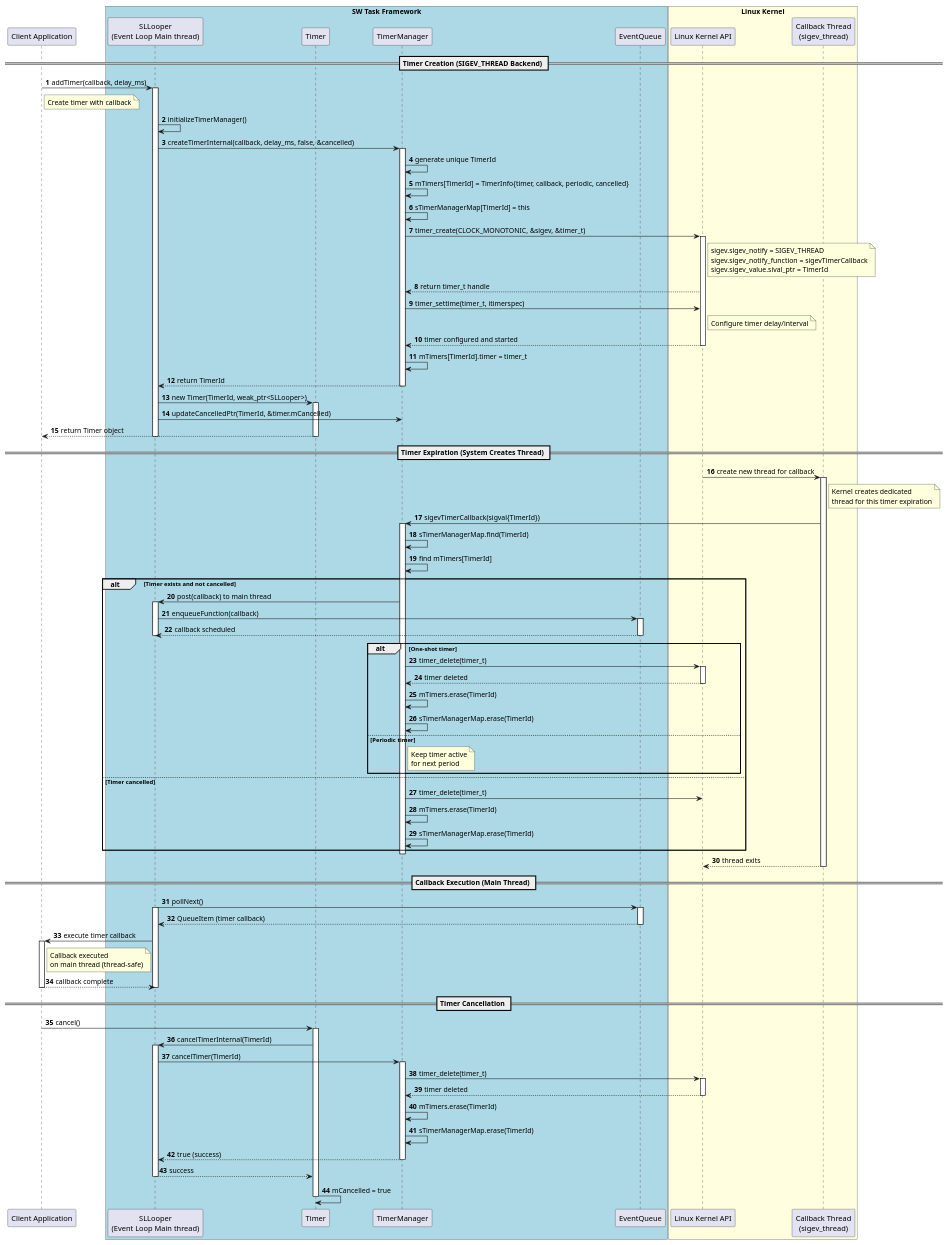
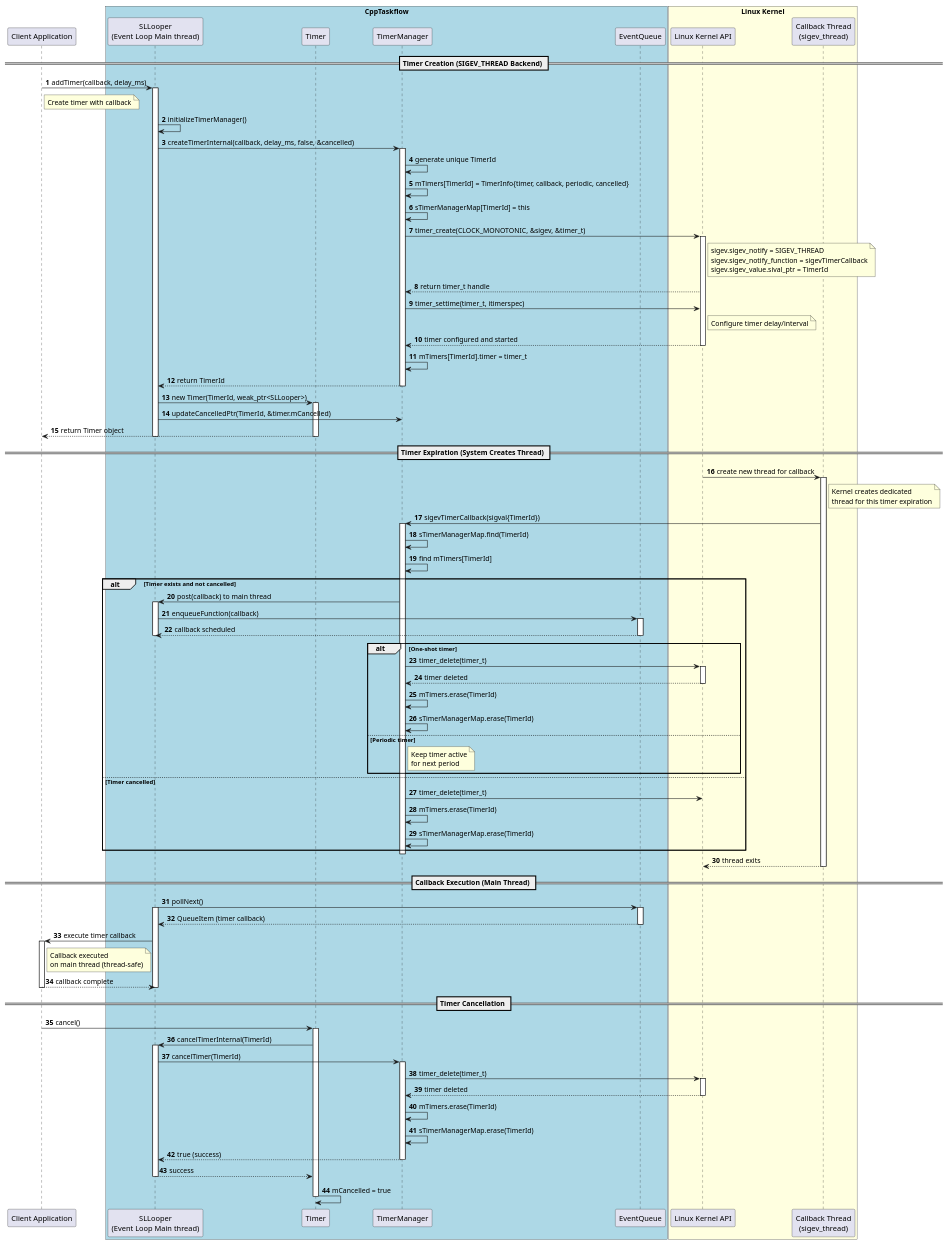
Before and after one commit to taikt/sw_task: the diagram in doc/design/sw_task/timer_sigev_thread.puml, drawn with PlantUML. The commit also changed 16 other files, not shown here.

```diff
--- a/doc/design/sw_task/timer_sigev_thread.puml
+++ b/doc/design/sw_task/timer_sigev_thread.puml
@@ -1,136 +1,136 @@
 @startuml
-'title "SW Task Framework - TimerManager SIGEV_THREAD Backend"
+'title "CppTaskflow - TimerManager SIGEV_THREAD Backend"
 
 autonumber
 
 participant "Client Application" as Client
 
 
-box "SW Task Framework" #LightBlue
+box "CppTaskflow" #LightBlue
     participant "SLLooper\n(Event Loop Main thread)" as MainLoop
     participant "Timer" as Timer
     participant "TimerManager" as TimerMgr
     participant "EventQueue" as MQ
 end box
 
 box "Linux Kernel" #LightYellow
     participant "Linux Kernel API" as LinuxKernel
     participant "Callback Thread\n(sigev_thread)" as CallbackThread
 end box
 
 == Timer Creation (SIGEV_THREAD Backend) ==
 Client -> MainLoop : addTimer(callback, delay_ms)
 activate MainLoop
 note right of Client : Create timer with callback
 
 MainLoop -> MainLoop : initializeTimerManager()
 
 MainLoop -> TimerMgr : createTimerInternal(callback, delay_ms, false, &cancelled)
 activate TimerMgr
 
 TimerMgr -> TimerMgr : generate unique TimerId
 TimerMgr -> TimerMgr : mTimers[TimerId] = TimerInfo{timer, callback, periodic, cancelled}
 
 TimerMgr -> TimerMgr : sTimerManagerMap[TimerId] = this
 
 TimerMgr -> LinuxKernel : timer_create(CLOCK_MONOTONIC, &sigev, &timer_t)
 activate LinuxKernel
 note right of LinuxKernel : sigev.sigev_notify = SIGEV_THREAD\nsigev.sigev_notify_function = sigevTimerCallback\nsigev.sigev_value.sival_ptr = TimerId
 LinuxKernel --> TimerMgr : return timer_t handle
 
 TimerMgr -> LinuxKernel : timer_settime(timer_t, itimerspec)
 note right of LinuxKernel : Configure timer delay/interval
 LinuxKernel --> TimerMgr : timer configured and started
 deactivate LinuxKernel
 
 TimerMgr -> TimerMgr : mTimers[TimerId].timer = timer_t
 TimerMgr --> MainLoop : return TimerId
 deactivate TimerMgr
 
 MainLoop -> Timer : new Timer(TimerId, weak_ptr<SLLooper>)
 activate Timer
 MainLoop -> TimerMgr : updateCancelledPtr(TimerId, &timer.mCancelled)
 Timer --> Client : return Timer object
 deactivate Timer
 deactivate MainLoop
 
 == Timer Expiration (System Creates Thread) ==
 LinuxKernel -> CallbackThread : create new thread for callback
 activate CallbackThread
 note right of CallbackThread : Kernel creates dedicated\nthread for this timer expiration
 
 
 CallbackThread -> TimerMgr : sigevTimerCallback(sigval{TimerId})
 activate TimerMgr
 TimerMgr -> TimerMgr : sTimerManagerMap.find(TimerId)
 TimerMgr -> TimerMgr : find mTimers[TimerId]
 
 alt Timer exists and not cancelled
     TimerMgr -> MainLoop : post(callback) to main thread
     activate MainLoop
     MainLoop -> MQ : enqueueFunction(callback)
     activate MQ
     MQ --> MainLoop : callback scheduled
     deactivate MQ
     deactivate MainLoop
     
     alt One-shot timer
         TimerMgr -> LinuxKernel : timer_delete(timer_t)
         activate LinuxKernel
         LinuxKernel --> TimerMgr : timer deleted
         deactivate LinuxKernel
         
         TimerMgr -> TimerMgr : mTimers.erase(TimerId)
     TimerMgr -> TimerMgr : sTimerManagerMap.erase(TimerId)
     else Periodic timer
         note right of TimerMgr : Keep timer active\nfor next period
     end
 else Timer cancelled
     TimerMgr -> LinuxKernel : timer_delete(timer_t)
     TimerMgr -> TimerMgr : mTimers.erase(TimerId)
     TimerMgr -> TimerMgr : sTimerManagerMap.erase(TimerId)
 end
 
 deactivate TimerMgr
 CallbackThread --> LinuxKernel : thread exits
 deactivate CallbackThread
 
 == Callback Execution (Main Thread) ==
 MainLoop -> MQ : pollNext()
 activate MainLoop
 activate MQ
 MQ --> MainLoop : QueueItem (timer callback)
 deactivate MQ
 
 MainLoop -> Client : execute timer callback
 activate Client
 note right of Client : Callback executed\non main thread (thread-safe)
 Client --> MainLoop : callback complete
 deactivate Client
 deactivate MainLoop
 
 == Timer Cancellation ==
 Client -> Timer : cancel()
 activate Timer
 Timer -> MainLoop : cancelTimerInternal(TimerId)
 activate MainLoop
 MainLoop -> TimerMgr : cancelTimer(TimerId)
 activate TimerMgr
 
 TimerMgr -> LinuxKernel : timer_delete(timer_t)
 activate LinuxKernel
 LinuxKernel --> TimerMgr : timer deleted
 deactivate LinuxKernel
 
 TimerMgr -> TimerMgr : mTimers.erase(TimerId)
 
 TimerMgr -> TimerMgr : sTimerManagerMap.erase(TimerId)
 
 TimerMgr --> MainLoop : true (success)
 deactivate TimerMgr
 MainLoop --> Timer : success
 deactivate MainLoop
 Timer -> Timer : mCancelled = true
 deactivate Timer
 
 @enduml
```
